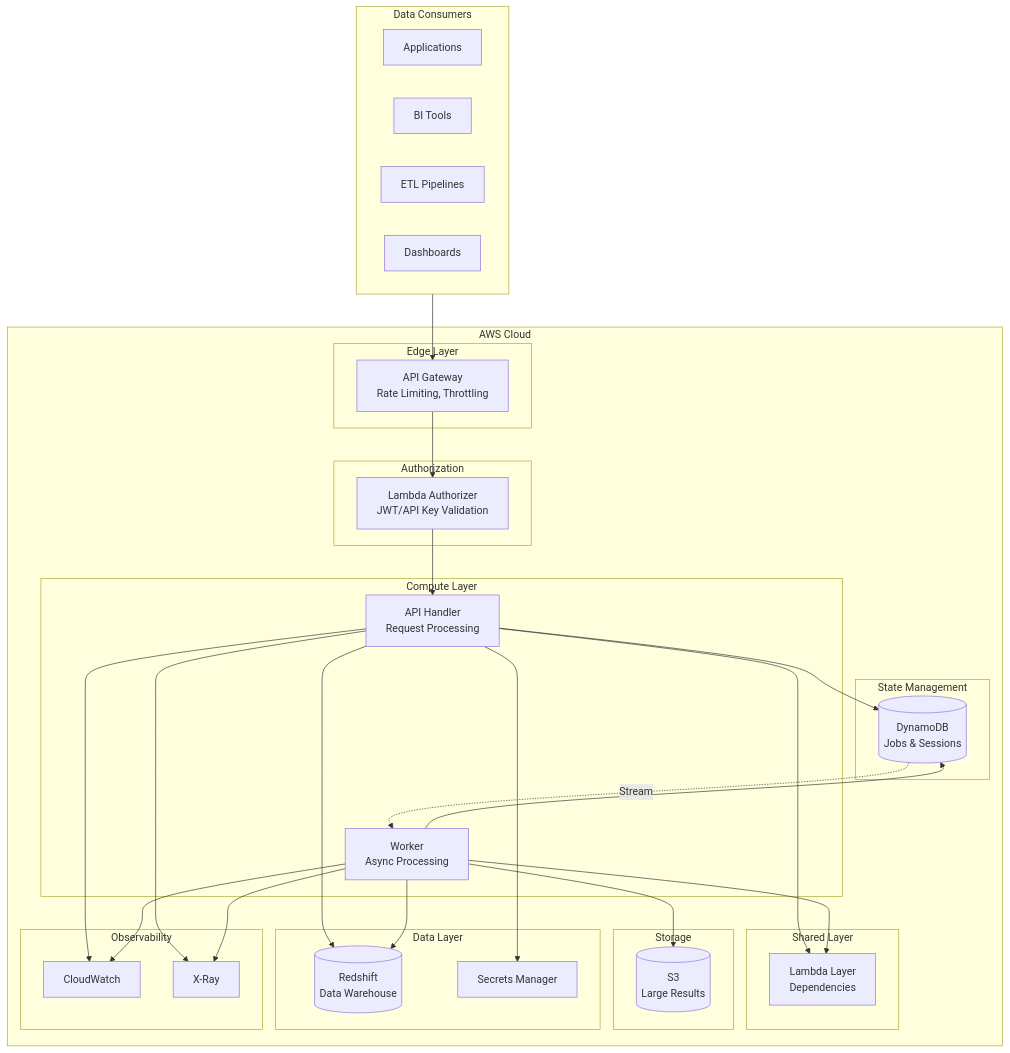
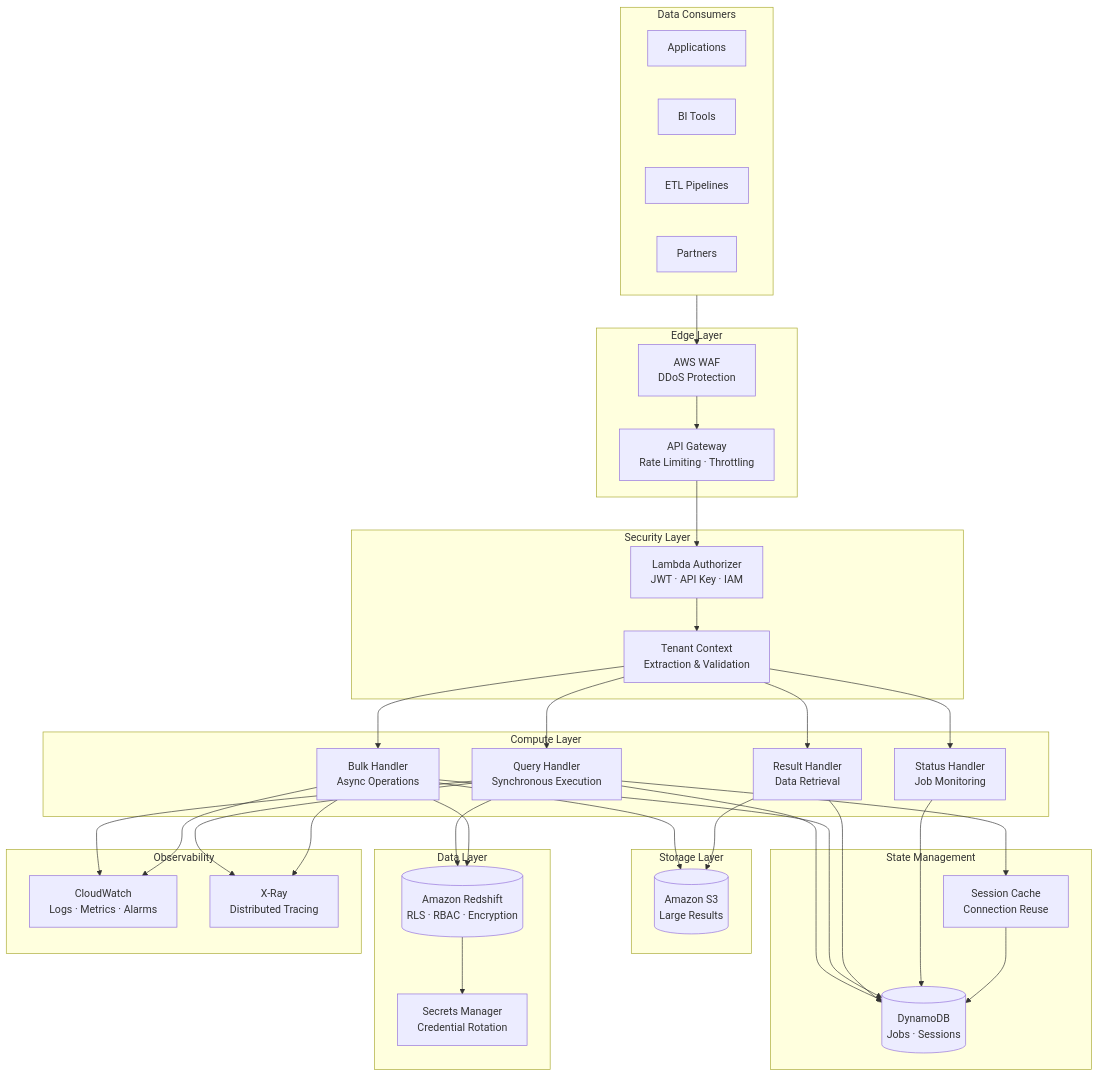
One commit to zhiweio/redshift-spectra changed the first of 8 diagrams in docs/concepts/architecture.md. Above: the diagram before and after it, drawn with Mermaid. The commit also changed other lines of this file and 15 other files, not shown here.

````diff
--- a/docs/concepts/architecture.md
+++ b/docs/concepts/architecture.md
@@ -9,64 +17,73 @@
 ```mermaid
 flowchart TB
     subgraph Clients["Data Consumers"]
         direction LR
         APP[Applications]
         BI[BI Tools]
         ETL[ETL Pipelines]
-        DASH[Dashboards]
+        PARTNER[Partners]
     end
 
-    subgraph AWS["AWS Cloud"]
-        subgraph Edge["Edge Layer"]
-            APIGW[API Gateway<br/>Rate Limiting, Throttling]
-        end
-
-        subgraph Auth["Authorization"]
-            AUTHORIZER[Lambda Authorizer<br/>JWT/API Key Validation]
-        end
-
-        subgraph Compute["Compute Layer"]
-            API[API Handler<br/>Request Processing]
-            WORKER[Worker<br/>Async Processing]
-        end
-
-        subgraph Layer["Shared Layer"]
-            DEPS[Lambda Layer<br/>Dependencies]
-        end
-
-        subgraph State["State Management"]
-            DDB[(DynamoDB<br/>Jobs & Sessions)]
-        end
-
-        subgraph Storage["Storage"]
-            S3[(S3<br/>Large Results)]
-        end
-
-        subgraph Data["Data Layer"]
-            RS[(Redshift<br/>Data Warehouse)]
-            SM[Secrets Manager]
-        end
-
-        subgraph Observe["Observability"]
-            CW[CloudWatch]
-            XRAY[X-Ray]
-        end
+    subgraph Edge["Edge Layer"]
+        WAF[AWS WAF<br/>DDoS Protection]
+        APIGW[API Gateway<br/>Rate Limiting · Throttling]
     end
 
-    Clients --> APIGW
+    subgraph Security["Security Layer"]
+        AUTHORIZER[Lambda Authorizer<br/>JWT · API Key · IAM]
+        CONTEXT[Tenant Context<br/>Extraction & Validation]
+    end
+
+    subgraph Compute["Compute Layer"]
+        QUERY[Query Handler<br/>Synchronous Execution]
+        BULK[Bulk Handler<br/>Async Operations]
+        RESULT[Result Handler<br/>Data Retrieval]
+        STATUS[Status Handler<br/>Job Monitoring]
+    end
+
+    subgraph State["State Management"]
+        DDB[(DynamoDB<br/>Jobs · Sessions)]
+        CACHE[Session Cache<br/>Connection Reuse]
+    end
+
+    subgraph Storage["Storage Layer"]
+        S3[(Amazon S3<br/>Large Results)]
+    end
+
+    subgraph Data["Data Layer"]
+        RS[(Amazon Redshift<br/>RLS · RBAC · Encryption)]
+        SM[Secrets Manager<br/>Credential Rotation]
+    end
+
+    subgraph Observe["Observability"]
+        CW[CloudWatch<br/>Logs · Metrics · Alarms]
+        XRAY[X-Ray<br/>Distributed Tracing]
+    end
+
+    Clients --> WAF
+    WAF --> APIGW
     APIGW --> AUTHORIZER
-    AUTHORIZER --> API
-    API --> DEPS
-    WORKER --> DEPS
-    API --> DDB
-    API --> RS
-    WORKER --> DDB
-    WORKER --> RS
-    WORKER --> S3
-    API --> SM
-    DDB -.->|Stream| WORKER
-    API --> CW
-    WORKER --> CW
-    API --> XRAY
-    WORKER --> XRAY
+    AUTHORIZER --> CONTEXT
+    CONTEXT --> QUERY
+    CONTEXT --> BULK
+    CONTEXT --> RESULT
+    CONTEXT --> STATUS
+    
+    QUERY --> DDB
+    QUERY --> RS
+    BULK --> DDB
+    BULK --> S3
+    BULK --> RS
+    RESULT --> DDB
+    RESULT --> S3
+    STATUS --> DDB
+    
+    QUERY --> CACHE
+    CACHE --> DDB
+    RS --> SM
+    
+    QUERY --> CW
+    BULK --> CW
+    QUERY --> XRAY
+    BULK --> XRAY
 ```
````
